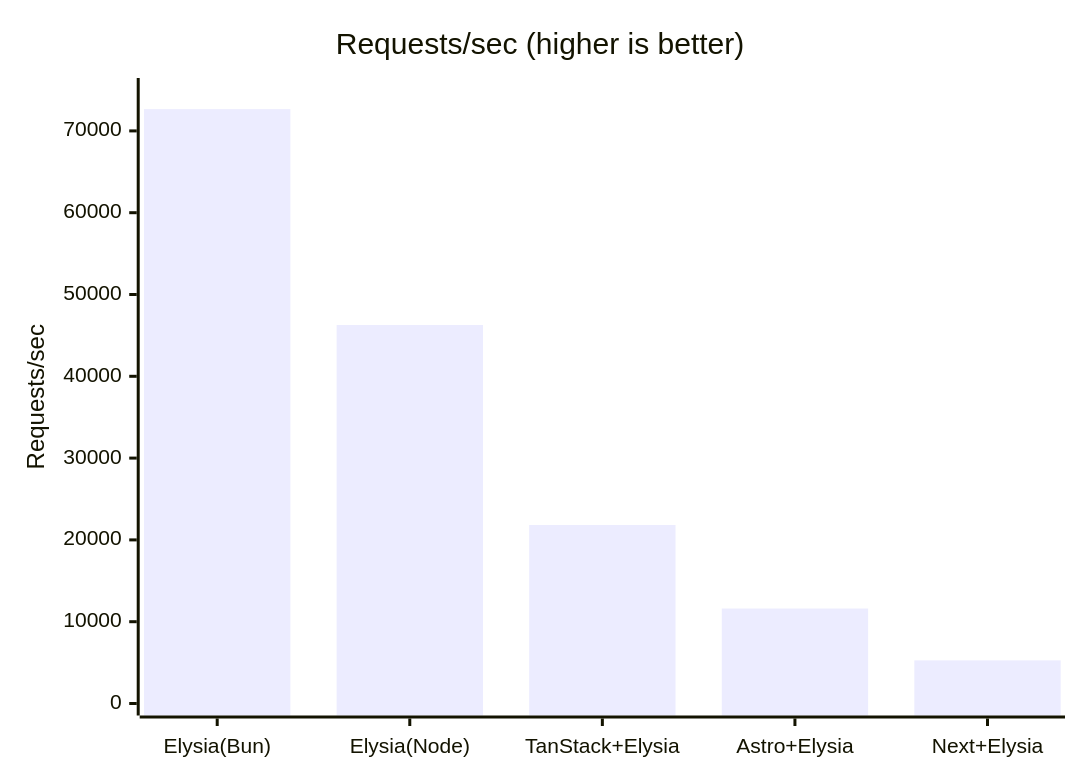
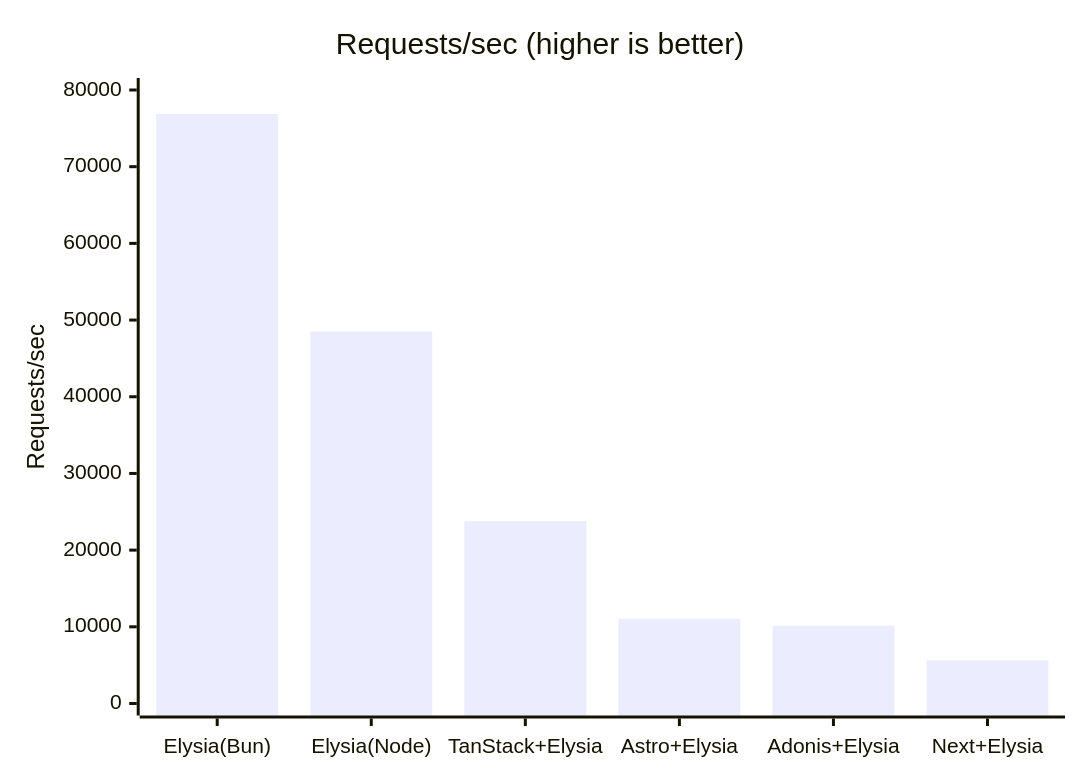
Before and after one commit to zaru/ts-benchmark: the first of 3 diagrams in README.md, drawn with Mermaid. The commit also changed other lines of this file and 58 other files, not shown here.

````diff
--- a/README.md
+++ b/README.md
@@ -140,7 +153,7 @@
 ```mermaid
 xychart-beta
     title "Requests/sec (higher is better)"
-    x-axis ["Elysia(Bun)", "Elysia(Node)", "TanStack+Elysia", "Astro+Elysia", "Next+Elysia"]
-    y-axis "Requests/sec" 0 --> 75000
-    bar [72663, 46274, 21824, 11612, 5272]
+    x-axis ["Elysia(Bun)", "Elysia(Node)", "TanStack+Elysia", "Astro+Elysia", "Adonis+Elysia", "Next+Elysia"]
+    y-axis "Requests/sec" 0 --> 80000
+    bar [76874, 48511, 23780, 11050, 10154, 5637]
 ```
````
